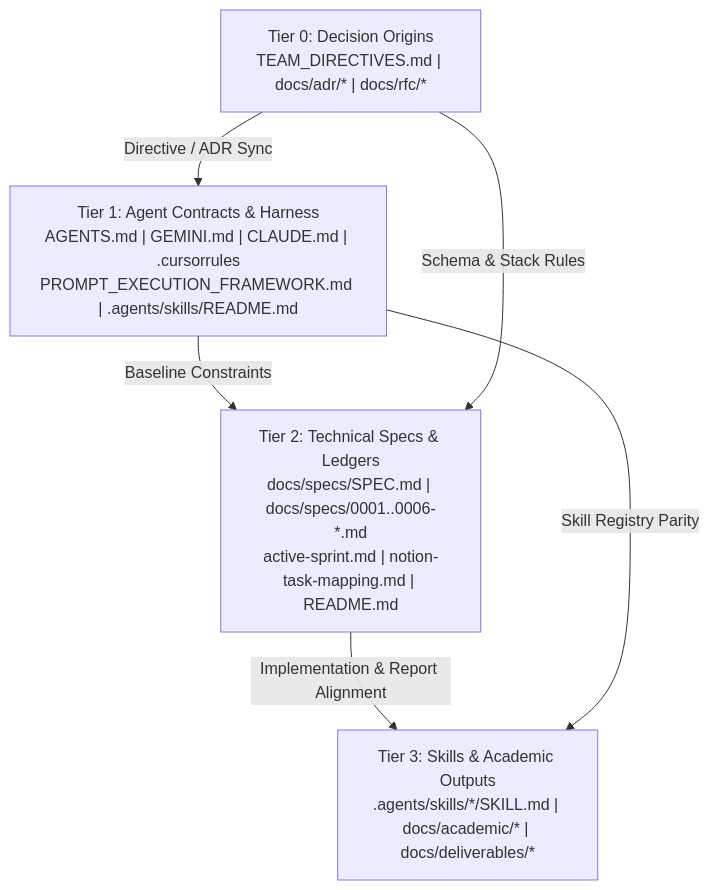
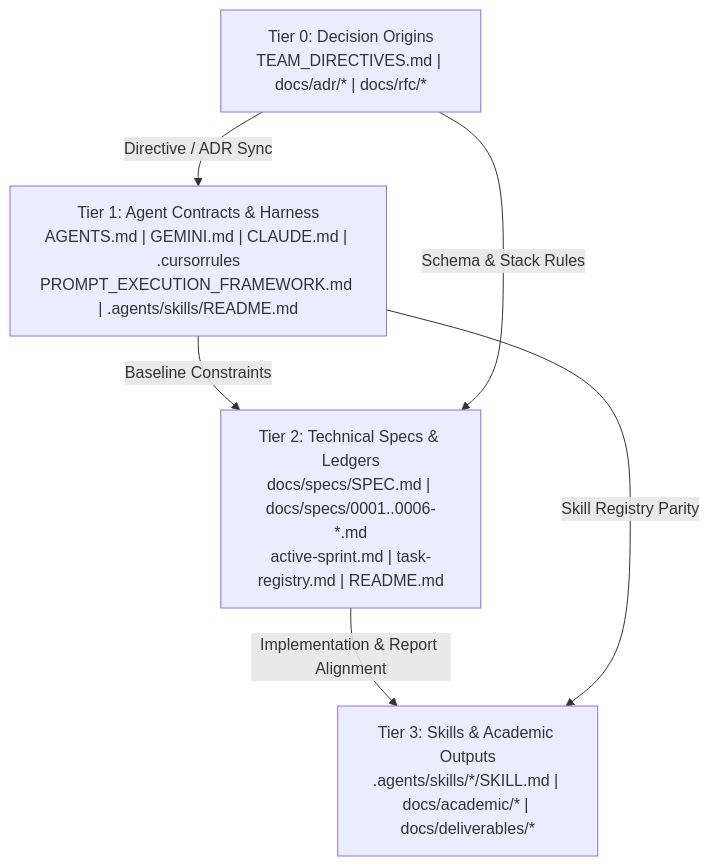
One commit to darktheDE/acdp-platform changed the diagram in .agents/skills/doc-decision-sync/references/decision_dependency_graph.md. Above: the diagram before and after it, drawn with Mermaid. The commit also changed other lines of this file and 36 other files, not shown here.

````diff
--- a/.agents/skills/doc-decision-sync/references/decision_dependency_graph.md
+++ b/.agents/skills/doc-decision-sync/references/decision_dependency_graph.md
@@ -9,13 +9,13 @@
 ```mermaid
 flowchart TD
     T0["Tier 0: Decision Origins<br>TEAM_DIRECTIVES.md | docs/adr/* | docs/rfc/*"]
     T1["Tier 1: Agent Contracts & Harness<br>AGENTS.md | GEMINI.md | CLAUDE.md | .cursorrules<br>PROMPT_EXECUTION_FRAMEWORK.md | .agents/skills/README.md"]
-    T2["Tier 2: Technical Specs & Ledgers<br>docs/specs/SPEC.md | docs/specs/0001..0006-*.md<br>active-sprint.md | notion-task-mapping.md | README.md"]
+    T2["Tier 2: Technical Specs & Ledgers<br>docs/specs/SPEC.md | docs/specs/0001..0006-*.md<br>active-sprint.md | task-registry.md | README.md"]
     T3["Tier 3: Skills & Academic Outputs<br>.agents/skills/*/SKILL.md | docs/academic/* | docs/deliverables/*"]
 
     T0 -->|"Directive / ADR Sync"| T1
     T1 -->|"Baseline Constraints"| T2
     T0 -->|"Schema & Stack Rules"| T2
     T2 -->|"Implementation & Report Alignment"| T3
     T1 -->|"Skill Registry Parity"| T3
 ```
````
